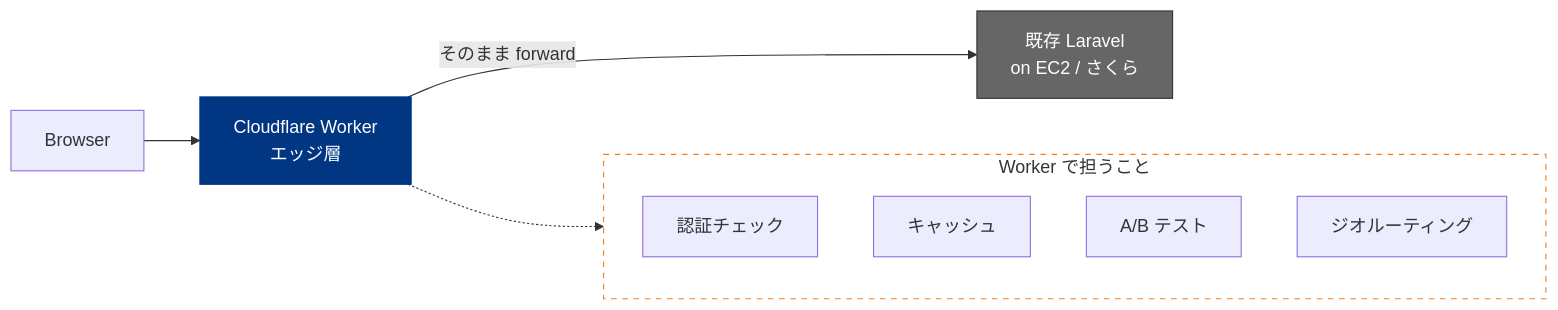
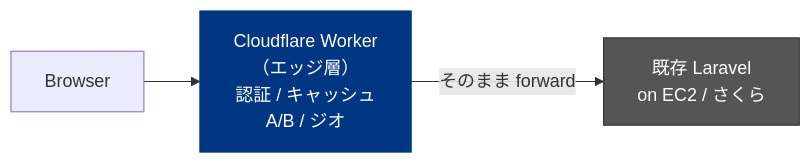
One commit to SuguruOoki/cloudflare-php-demo changed the diagram in slides/diagrams/hybrid.mmd. Above: the diagram before and after it, drawn with Mermaid. The commit also changed 10 other files, not shown here.

First line of the commit message:
fix(slides): diagrams overflow - switch all to horizontal LR and size by height

```diff
--- a/slides/diagrams/hybrid.mmd
+++ b/slides/diagrams/hybrid.mmd
@@ -1,19 +1,8 @@
 flowchart LR
-    B[Browser] --> W[Cloudflare Worker<br/>エッジ層]
-    W -->|そのまま forward| O[既存 Laravel<br/>on EC2 / さくら]
-
-    subgraph role[Worker で担うこと]
-        direction TB
-        r1[認証チェック]
-        r2[キャッシュ]
-        r3[A/B テスト]
-        r4[ジオルーティング]
-    end
-    W -.-> role
+    B[Browser] --> W["Cloudflare Worker<br/>（エッジ層）<br/>認証 / キャッシュ<br/>A/B / ジオ"]
+    W -->|そのまま forward| O["既存 Laravel<br/>on EC2 / さくら"]
 
     classDef edge fill:#003682,stroke:#003682,color:#fff
-    classDef origin fill:#666,stroke:#333,color:#fff
-    classDef role fill:#fff,stroke:#F38020,stroke-dasharray: 5 5
+    classDef origin fill:#555,stroke:#333,color:#fff
     class W edge
     class O origin
-    class role role
```
